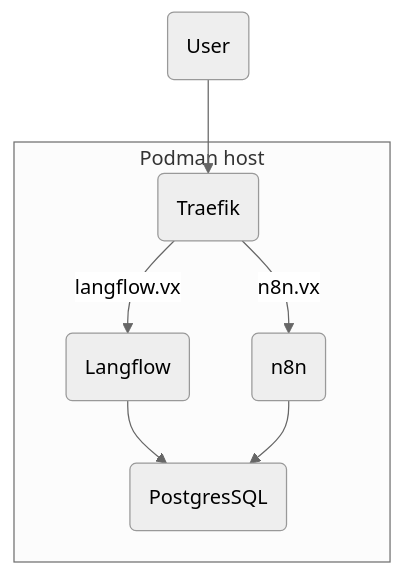
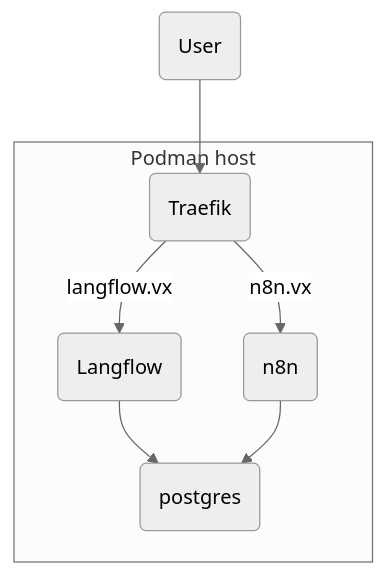
The first of 2 diagrams in agent-runners/README.md (joetanx/setup), drawn with Mermaid (neutral theme) before and after one commit.

````diff
--- a/agent-runners/README.md
+++ b/agent-runners/README.md
@@ -5,10 +5,10 @@
 ```mermaid
 flowchart TD
   A(User) --> B(Traefik)
   subgraph "Podman host"
     B -->|langflow.vx| C1(Langflow)
     B -->|n8n.vx| C2(n8n)
-    C1 --> D(PostgresSQL)
+    C1 --> D(postgres)
     C2 --> D
   end
 ```
````
